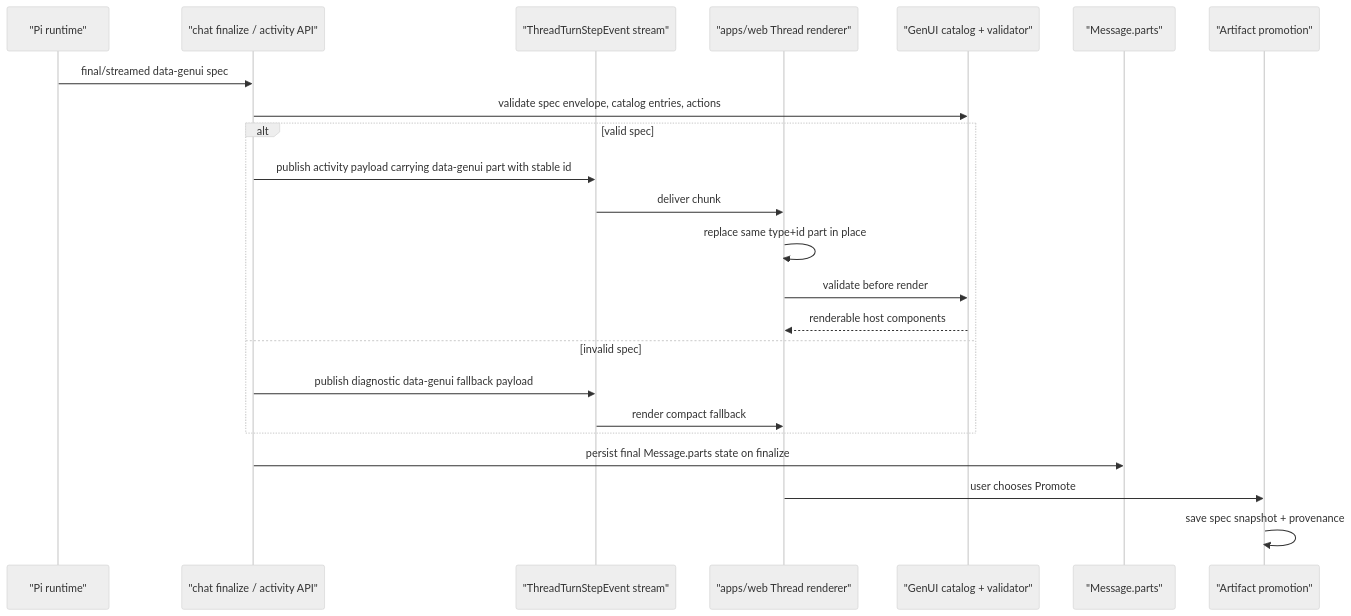
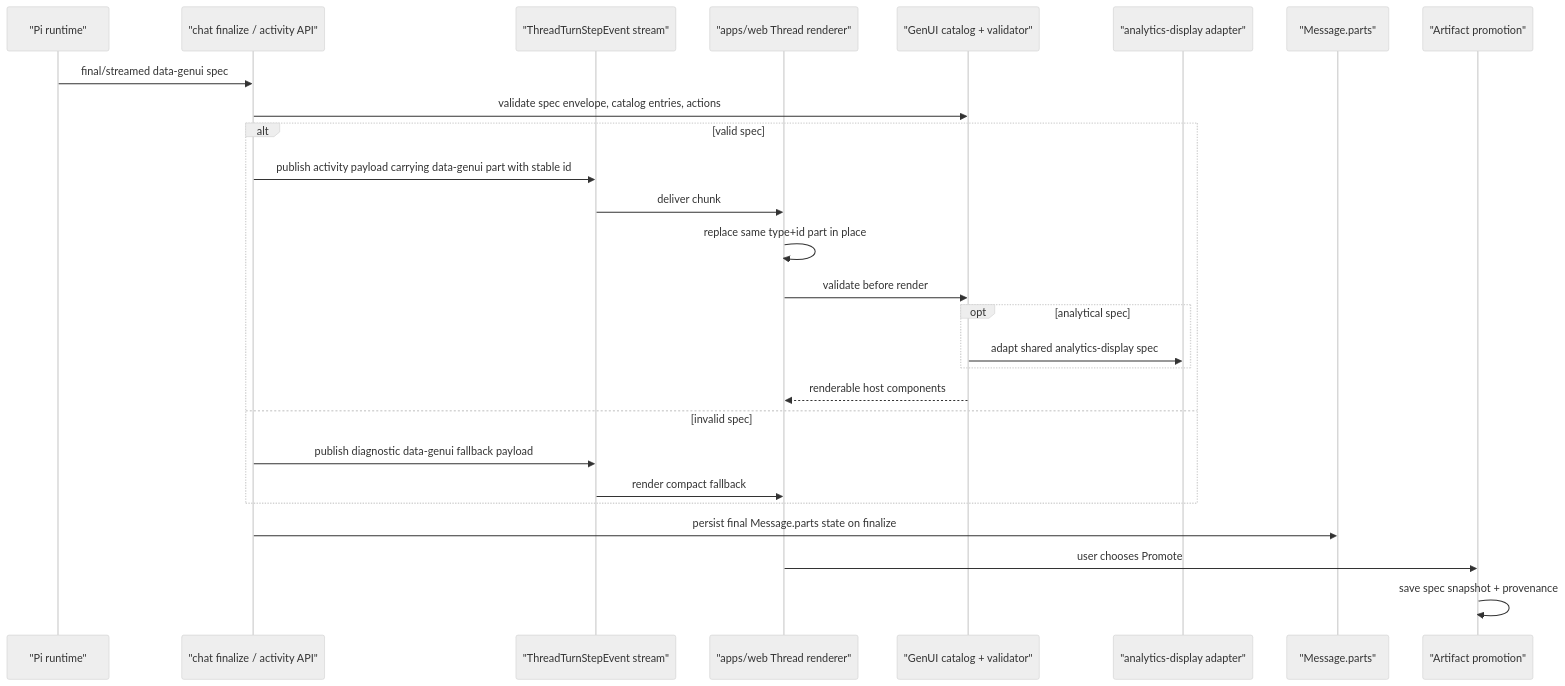
One commit to thinkwork-ai/thinkwork changed the first of 2 diagrams in docs/plans/2026-06-17-001-feat-thread-genui-json-render-plan.md. Above: the diagram before and after it, drawn with Mermaid (neutral theme). The commit also changed other lines of this file and 1 other file, not shown here.

Commit message:
docs(plans): refine analytics GenUI boundary

````diff
--- a/docs/plans/2026-06-17-001-feat-thread-genui-json-render-plan.md
+++ b/docs/plans/2026-06-17-001-feat-thread-genui-json-render-plan.md
@@ -262,26 +303,30 @@
 ```mermaid
 sequenceDiagram
   participant Agent as "Pi runtime"
   participant API as "chat finalize / activity API"
   participant Stream as "ThreadTurnStepEvent stream"
   participant Web as "apps/web Thread renderer"
   participant Catalog as "GenUI catalog + validator"
+  participant Analytics as "analytics-display adapter"
   participant Thread as "Message.parts"
   participant Artifact as "Artifact promotion"
 
   Agent->>API: final/streamed data-genui spec
   API->>Catalog: validate spec envelope, catalog entries, actions
   alt valid spec
     API->>Stream: publish activity payload carrying data-genui part with stable id
     Stream->>Web: deliver chunk
     Web->>Web: replace same type+id part in place
     Web->>Catalog: validate before render
+    opt analytical spec
+      Catalog->>Analytics: adapt shared analytics-display spec
+    end
     Catalog-->>Web: renderable host components
   else invalid spec
     API->>Stream: publish diagnostic data-genui fallback payload
     Stream->>Web: render compact fallback
   end
   API->>Thread: persist final Message.parts state on finalize
   Web->>Artifact: user chooses Promote
   Artifact->>Artifact: save spec snapshot + provenance
 ```
````
